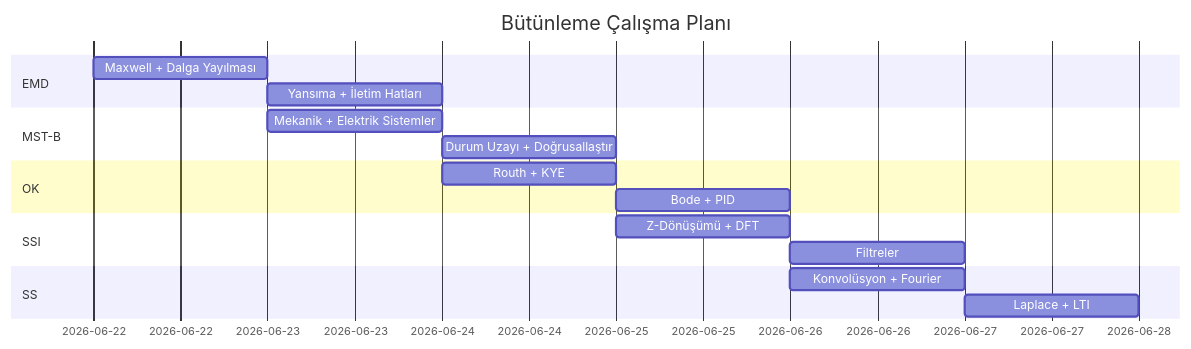
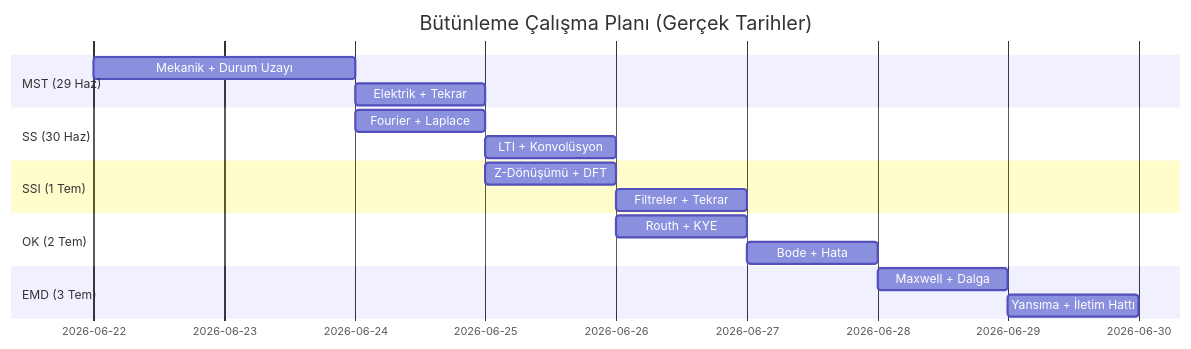
The diagram in 00 Sınav Takvimi ve Strateji.md (oguzhandavran/senioryearnotes), drawn with Mermaid before and after one commit. The commit also changed other lines of this file and 55 other files, not shown here.

````diff
--- a/00 Sınav Takvimi ve Strateji.md
+++ b/00 Sınav Takvimi ve Strateji.md
@@ -25,20 +25,20 @@
 ```mermaid
 gantt
-    title Bütünleme Çalışma Planı
+    title Bütünleme Çalışma Planı (Gerçek Tarihler)
     dateFormat  YYYY-MM-DD
-    section EMD
-    Maxwell + Dalga Yayılması    :2026-06-22, 1d
-    Yansıma + İletim Hatları     :2026-06-23, 1d
-    section MST-B
-    Mekanik + Elektrik Sistemler :2026-06-23, 1d
-    Durum Uzayı + Doğrusallaştır :2026-06-24, 1d
-    section OK
-    Routh + KYE                  :2026-06-24, 1d
-    Bode + PID                   :2026-06-25, 1d
-    section SSI
-    Z-Dönüşümü + DFT             :2026-06-25, 1d
-    Filtreler                    :2026-06-26, 1d
-    section SS
-    Konvolüsyon + Fourier        :2026-06-26, 1d
-    Laplace + LTI                :2026-06-27, 1d
+    section MST (29 Haz)
+    Mekanik + Durum Uzayı    :2026-06-22, 2d
+    Elektrik + Tekrar        :2026-06-24, 1d
+    section SS (30 Haz)
+    Fourier + Laplace        :2026-06-24, 1d
+    LTI + Konvolüsyon        :2026-06-25, 1d
+    section SSI (1 Tem)
+    Z-Dönüşümü + DFT        :2026-06-25, 1d
+    Filtreler + Tekrar       :2026-06-26, 1d
+    section OK (2 Tem)
+    Routh + KYE              :2026-06-26, 1d
+    Bode + Hata              :2026-06-27, 1d
+    section EMD (3 Tem)
+    Maxwell + Dalga          :2026-06-28, 1d
+    Yansıma + İletim Hattı  :2026-06-29, 1d
 ```
````
